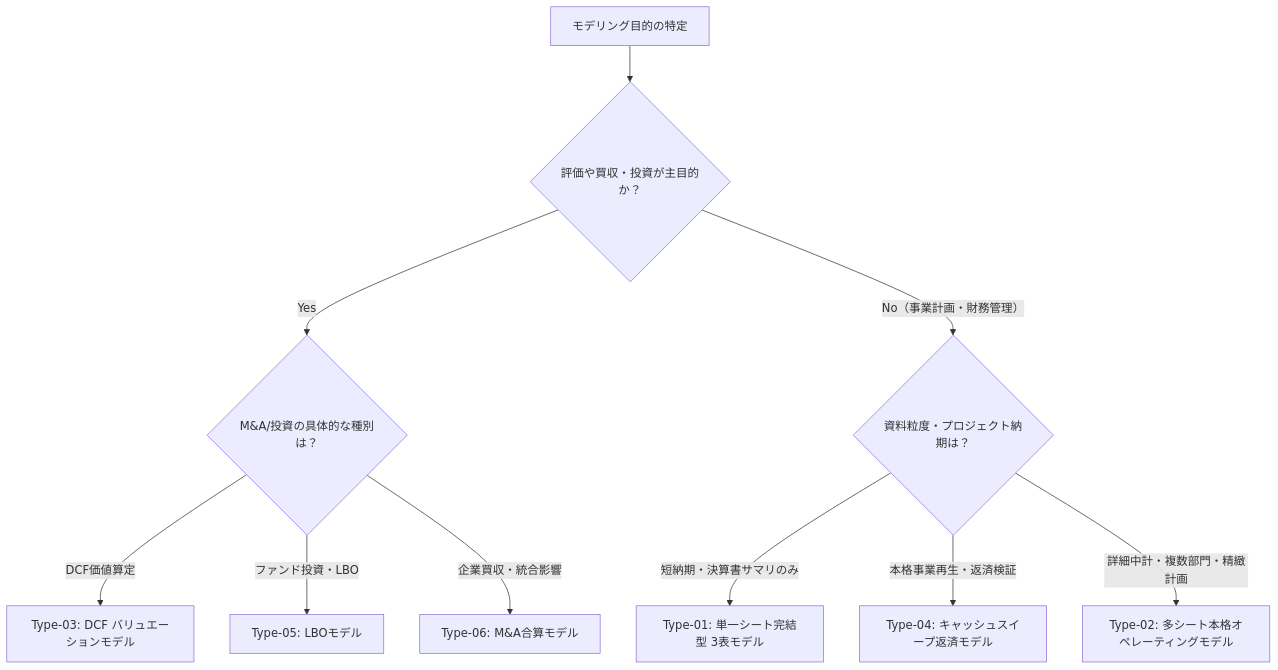
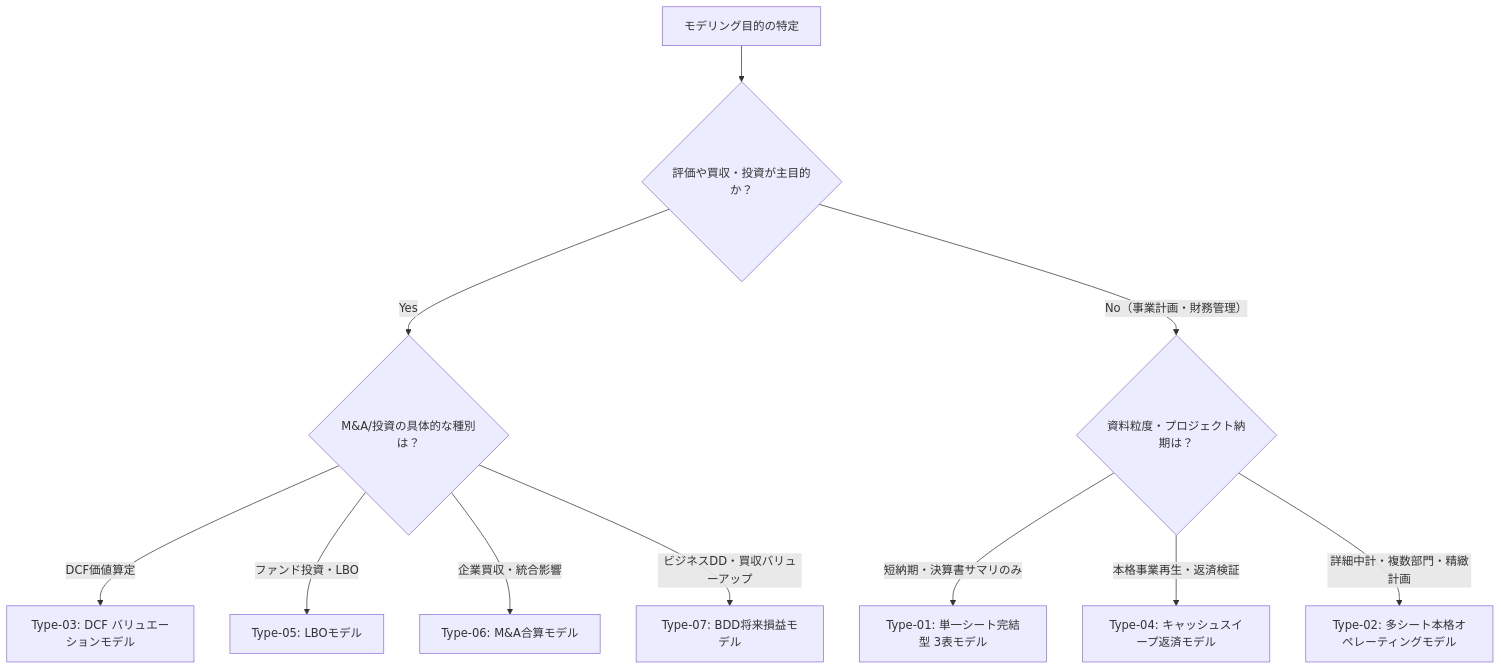
One commit to miyatsuko10004/financial-modeling-skill changed the diagram in references/model-archetypes.md. Above: the diagram before and after it, drawn with Mermaid. The commit also changed other lines of this file and 10 other files, not shown here.

````diff
--- a/references/model-archetypes.md
+++ b/references/model-archetypes.md
@@ -152,14 +174,15 @@
 ```mermaid
 flowchart TD
     Start["モデリング目的の特定"] --> Q1{"評価や買収・投資が主目的か？"}
     
     Q1 -->|"Yes"| Q2{"M&A/投資の具体的な種別は？"}
     Q2 -->|"DCF価値算定"| T3["Type-03: DCF バリュエーションモデル"]
     Q2 -->|"ファンド投資・LBO"| T5["Type-05: LBOモデル"]
     Q2 -->|"企業買収・統合影響"| T6["Type-06: M&A合算モデル"]
+    Q2 -->|"ビジネスDD・買収バリューアップ"| T7["Type-07: BDD将来損益モデル"]
     
     Q1 -->|"No（事業計画・財務管理）"| Q3{"資料粒度・プロジェクト納期は？"}
     Q3 -->|"短納期・決算書サマリのみ"| T1["Type-01: 単一シート完結型 3表モデル"]
     Q3 -->|"本格事業再生・返済検証"| T4["Type-04: キャッシュスイープ返済モデル"]
     Q3 -->|"詳細中計・複数部門・精緻計画"| T2["Type-02: 多シート本格オペレーティングモデル"]
 ```
````
